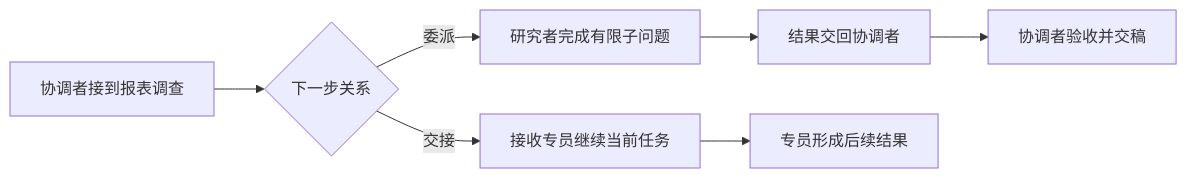
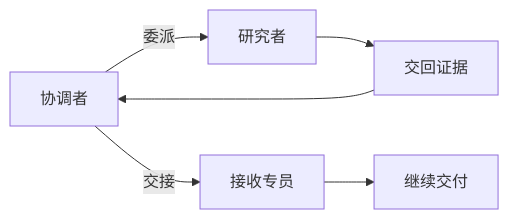
One commit to Mar-garet/agent-book changed the diagram in book/19-delegation-and-handoffs.md. Above: the diagram before and after it, drawn with Mermaid. The commit also changed other lines of this file and 47 other files, not shown here.

````diff
--- a/book/19-delegation-and-handoffs.md
+++ b/book/19-delegation-and-handoffs.md
@@ -20,10 +17,9 @@
 ```mermaid
-%% 图：委派与交接改变的是后续责任流向
+%% 委派保留收稿责任，交接改变继续者
 flowchart LR
-    A[协调者接到报表调查] --> B{下一步关系}
-    B -->|委派| C[研究者完成有限子问题]
-    C --> D[结果交回协调者]
-    D --> E[协调者验收并交稿]
-    B -->|交接| F[接收专员继续当前任务]
-    F --> G[专员形成后续结果]
+    A[协调者] -->|委派| B[研究者]
+    B --> C[交回证据]
+    C --> A
+    A -->|交接| D[接收专员]
+    D --> E[继续交付]
 ```
````
